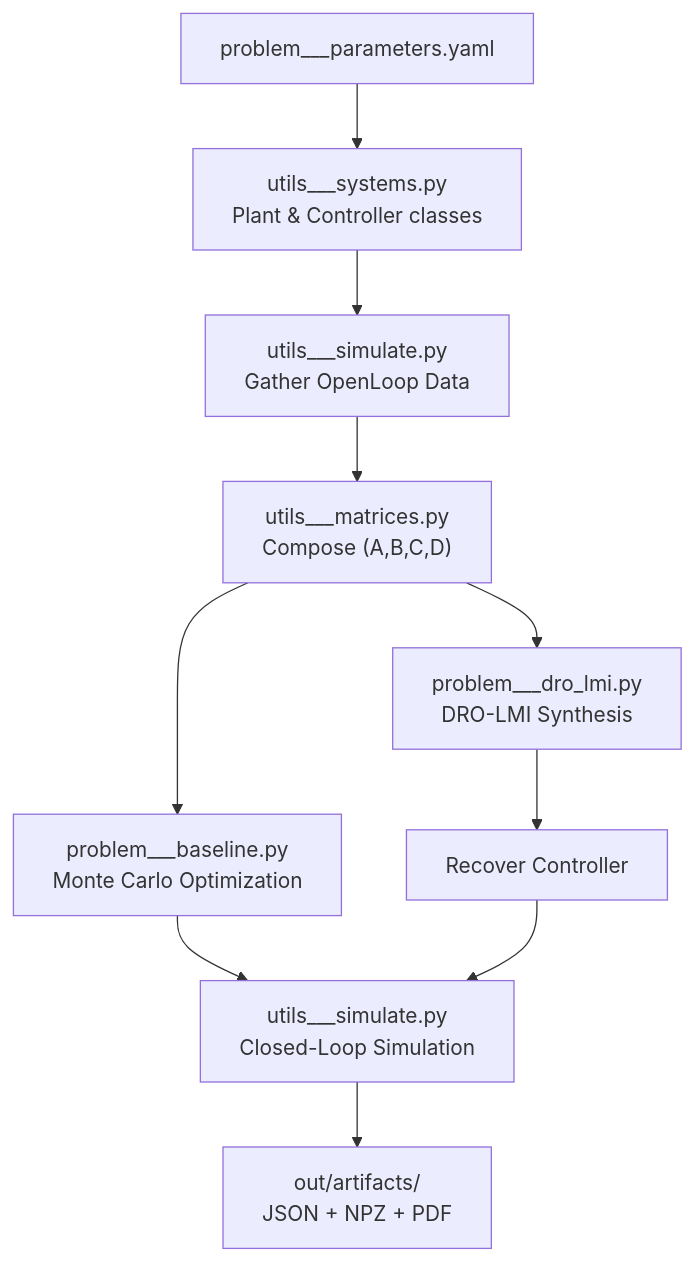
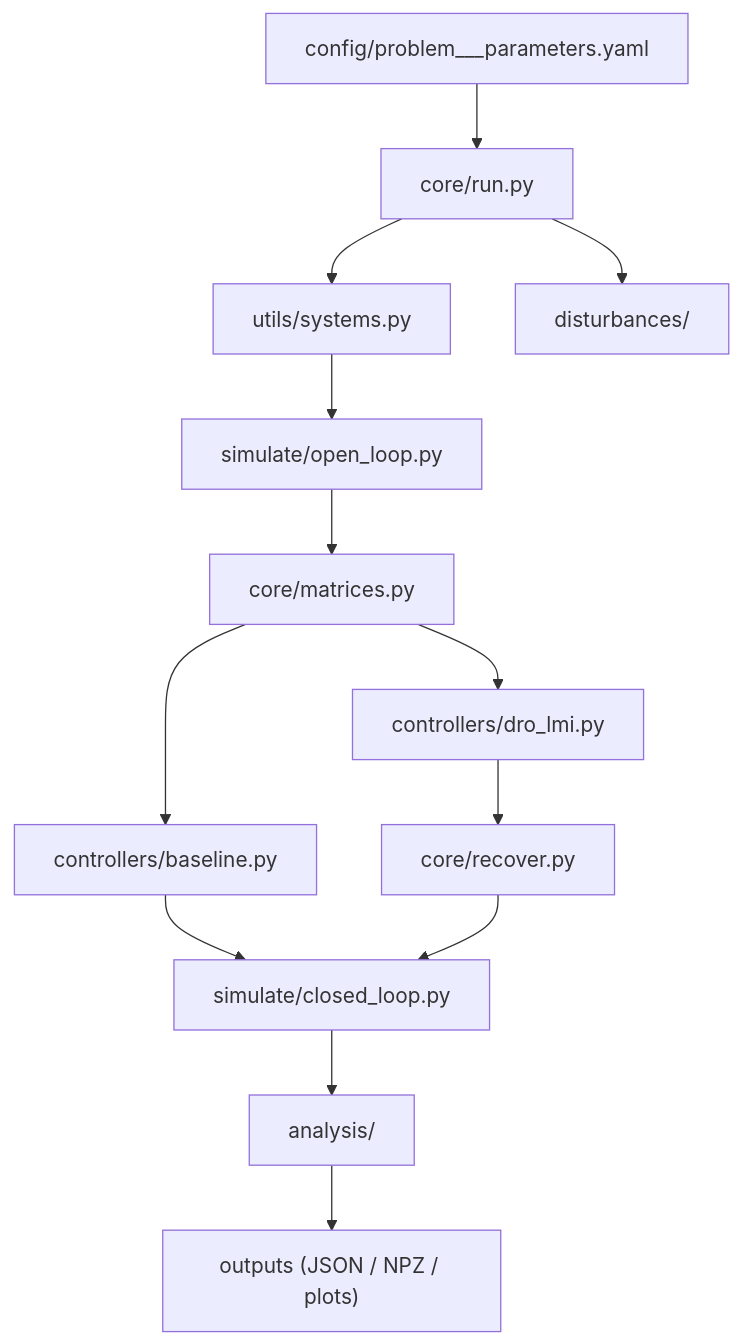
The diagram in README.md (FiengoKineton/DR-LDC), drawn with Mermaid before and after one commit. The commit also changed other lines of this file and 125 other files, not shown here.

````diff
--- a/README.md
+++ b/README.md
@@ -62,12 +82,20 @@
 ```mermaid
 flowchart TD
-    P1["problem___parameters.yaml"] --> A1["utils___systems.py<br/>Plant &amp; Controller classes"]
-    A1 --> A0["utils___simulate.py<br/>Gather OpenLoop Data"]
-    A0 --> A2["utils___matrices.py<br/>Compose (A,B,C,D)"]
-    A2 --> A3["problem___baseline.py<br/>Monte Carlo Optimization"]
-    A2 --> A4["problem___dro_lmi.py<br/>DRO-LMI Synthesis"]
-    A3 --> S1["utils___simulate.py<br/>Closed-Loop Simulation"]
-    A4 --> R1["Recover Controller"]
-    R1 --> S1
-    S1 --> OUT["out/artifacts/ <br/>JSON + NPZ + PDF"]
+    CFG["config/problem___parameters.yaml"] --> CORE["core/run.py"]
+
+    CORE --> SYS["utils/systems.py"]
+    CORE --> DIST["disturbances/"]
+
+    SYS --> SIM0["simulate/open_loop.py"]
+    SIM0 --> MAT["core/matrices.py"]
+
+    MAT --> CTRL1["controllers/baseline.py"]
+    MAT --> CTRL2["controllers/dro_lmi.py"]
+
+    CTRL1 --> SIM1["simulate/closed_loop.py"]
+    CTRL2 --> REC["core/recover.py"]
+    REC --> SIM1
+
+    SIM1 --> ANALYSIS["analysis/"]
+    ANALYSIS --> OUT["outputs (JSON / NPZ / plots)"]
 ```
````
